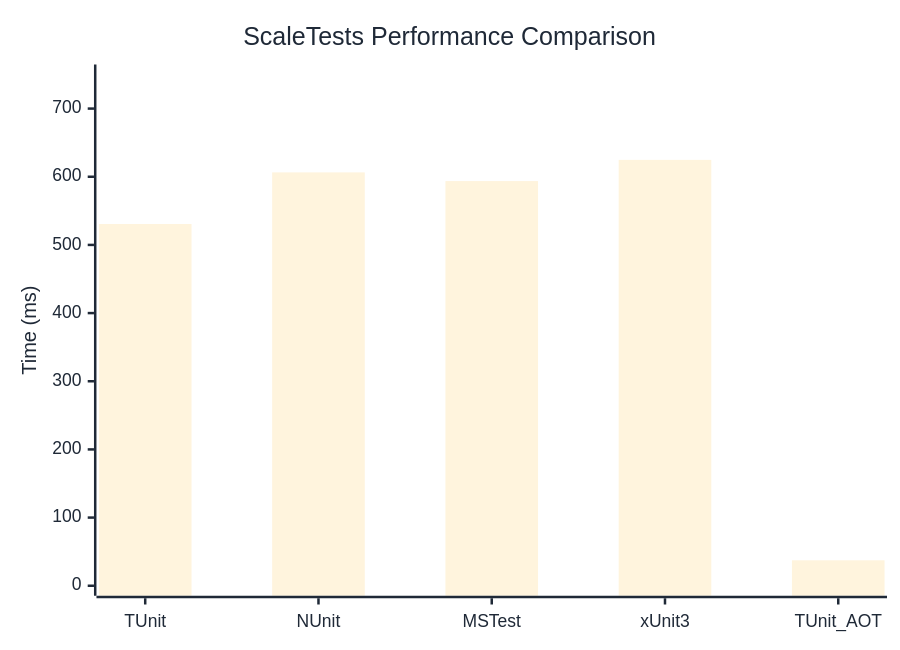
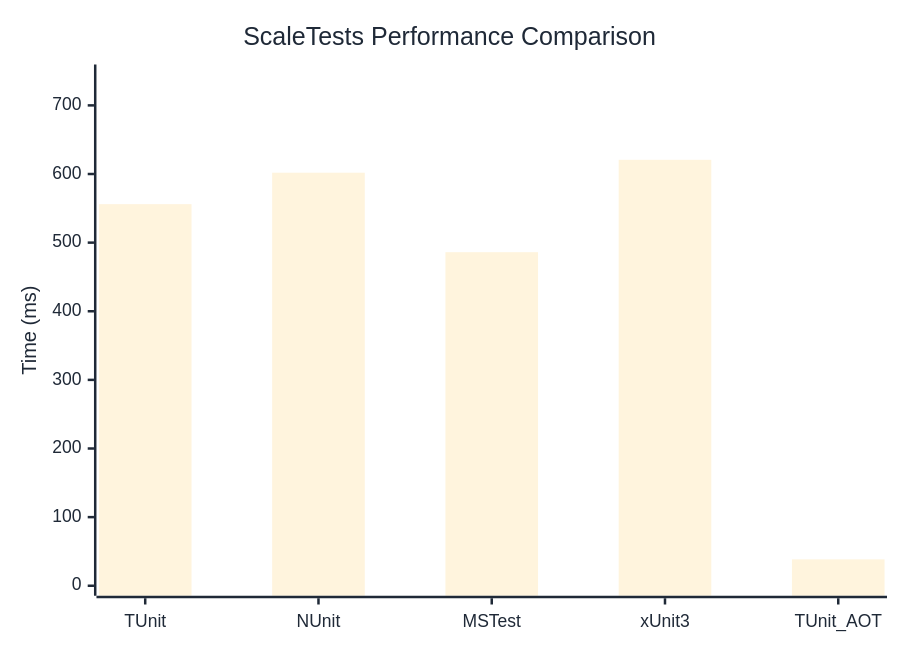
One commit to thomhurst/TUnit changed the diagram in docs/docs/benchmarks/ScaleTests.md. Above: the diagram before and after it, drawn with Mermaid. The commit also changed other lines of this file and 17 other files, not shown here.

````diff
--- a/docs/docs/benchmarks/ScaleTests.md
+++ b/docs/docs/benchmarks/ScaleTests.md
@@ -27,37 +27,37 @@
 ```mermaid
 %%{init: {
   'theme':'base',
   'themeVariables': {
     'primaryColor': '#2563eb',
     'primaryTextColor': '#1f2937',
     'primaryBorderColor': '#1e40af',
     'lineColor': '#6b7280',
     'secondaryColor': '#7c3aed',
     'tertiaryColor': '#dc2626',
     'background': '#ffffff',
     'mainBkg': '#2563eb',
     'secondBkg': '#7c3aed',
     'tertiaryBkg': '#dc2626',
     'clusterBkg': '#f3f4f6',
     'edgeLabelBackground': '#ffffff',
     'tertiaryTextColor': '#1f2937',
     'pie1': '#2563eb',
     'pie2': '#7c3aed',
     'pie3': '#dc2626',
     'pie4': '#f59e0b',
     'pie5': '#10b981',
     'pie6': '#06b6d4',
     'pie7': '#ec4899',
     'pie8': '#6366f1',
     'pie9': '#84cc16',
     'pie10': '#f97316',
     'pie11': '#14b8a6',
     'pie12': '#a855f7'
   }
 }}%%
 xychart-beta
   title "ScaleTests Performance Comparison"
   x-axis ["TUnit", "NUnit", "MSTest", "xUnit3", "TUnit_AOT"]
-  y-axis "Time (ms)" 0 --> 750
-  bar [530.69, 606.4, 593.65, 624.76, 37.33]
+  y-axis "Time (ms)" 0 --> 745
+  bar [556.05, 601.91, 486.06, 620.69, 38.44]
 ```
````
